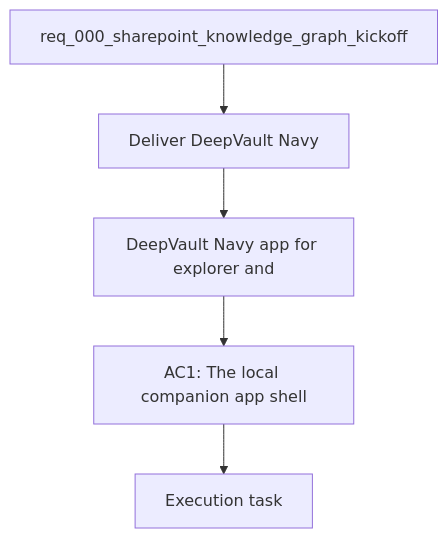
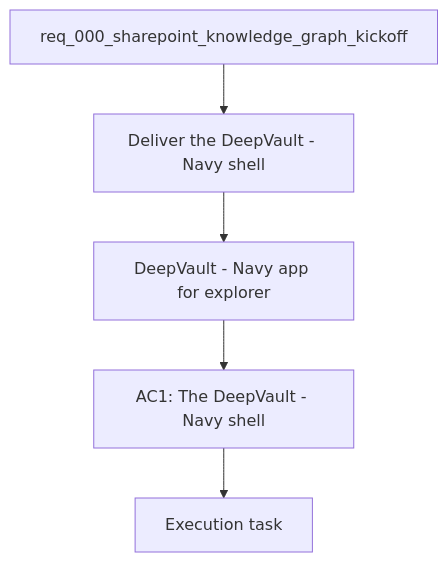
The diagram in logics/backlog/item_006_local_companion_app_for_explorer_and_chat.md (AlexAgo83/deepvault), drawn with Mermaid before and after one commit. The commit also changed other lines of this file and 28 other files, not shown here.

Commit message:
Align DeepVault docs and UI workflow guardrails

````diff
--- a/logics/backlog/item_006_local_companion_app_for_explorer_and_chat.md
+++ b/logics/backlog/item_006_local_companion_app_for_explorer_and_chat.md
@@ -21,9 +21,9 @@
 ```mermaid
 %% logics-kind: backlog
 %% logics-signature: backlog|deepvault-navy-app-for-explorer-and-chat|req-000-sharepoint-knowledge-graph-kicko|deliver-the-deepvault-navy-shell|ac1-the-deepvault-navy-shell
 flowchart TD
-    Request[req_000_sharepoint_knowledge_graph_kickoff] --> Problem[Deliver DeepVault Navy]
-    Problem --> Scope[DeepVault Navy app for explorer and]
-    Scope --> Acceptance[AC1: The local companion app shell]
+    Request[req_000_sharepoint_knowledge_graph_kickoff] --> Problem[Deliver the DeepVault - Navy shell]
+    Problem --> Scope[DeepVault - Navy app for explorer]
+    Scope --> Acceptance[AC1: The DeepVault - Navy shell]
     Acceptance --> Tasks[Execution task]
 ```
````
